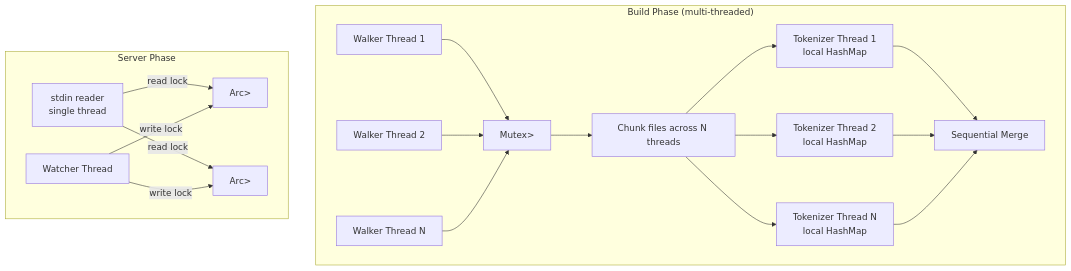
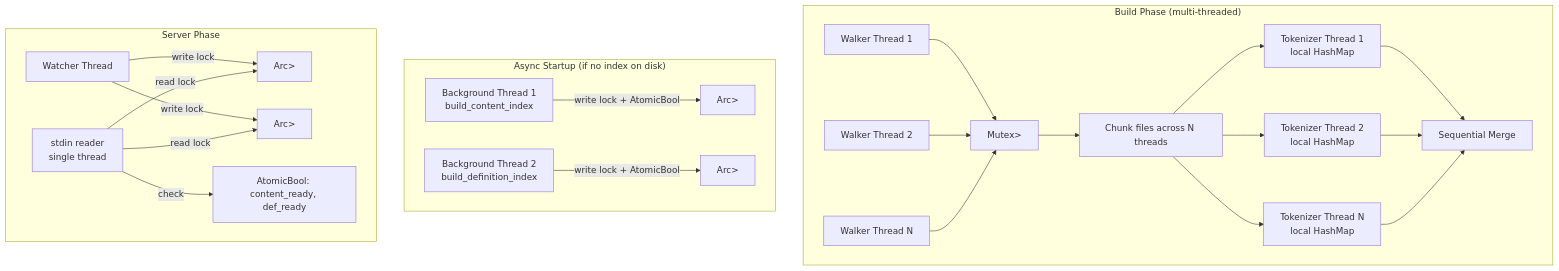
Before and after one commit to pustynsky/search-index: the first of 2 diagrams in docs/concurrency.md, drawn with Mermaid. The commit also changed other lines of this file and 9 other files, not shown here.

Commit message:
feat: async MCP server startup — respond to initialize immediately, build indexes in background

````diff
--- a/docs/concurrency.md
+++ b/docs/concurrency.md
@@ -13,26 +14,32 @@
 ```mermaid
 graph TB
     subgraph "Build Phase (multi-threaded)"
         W1[Walker Thread 1]
         W2[Walker Thread 2]
         WN[Walker Thread N]
         W1 --> M1["Mutex<Vec<FileEntry>>"]
         W2 --> M1
         WN --> M1
         M1 --> CHUNK[Chunk files across N threads]
         CHUNK --> T1[Tokenizer Thread 1<br/>local HashMap]
         CHUNK --> T2[Tokenizer Thread 2<br/>local HashMap]
         CHUNK --> TN[Tokenizer Thread N<br/>local HashMap]
         T1 --> MERGE[Sequential Merge]
         T2 --> MERGE
         TN --> MERGE
     end
 
+    subgraph "Async Startup (if no index on disk)"
+        BG1[Background Thread 1<br/>build_content_index] -->|write lock + AtomicBool| IDX2["Arc<RwLock<ContentIndex>>"]
+        BG2[Background Thread 2<br/>build_definition_index] -->|write lock + AtomicBool| DIDX2["Arc<RwLock<DefinitionIndex>>"]
+    end
+
     subgraph "Server Phase"
         STDIN[stdin reader<br/>single thread] -->|read lock| IDX["Arc<RwLock<ContentIndex>>"]
         STDIN -->|read lock| DIDX["Arc<RwLock<DefinitionIndex>>"]
+        STDIN -->|check| FLAGS["AtomicBool: content_ready, def_ready"]
 
         WT[Watcher Thread] -->|write lock| IDX
         WT -->|write lock| DIDX
     end
 ```
````
